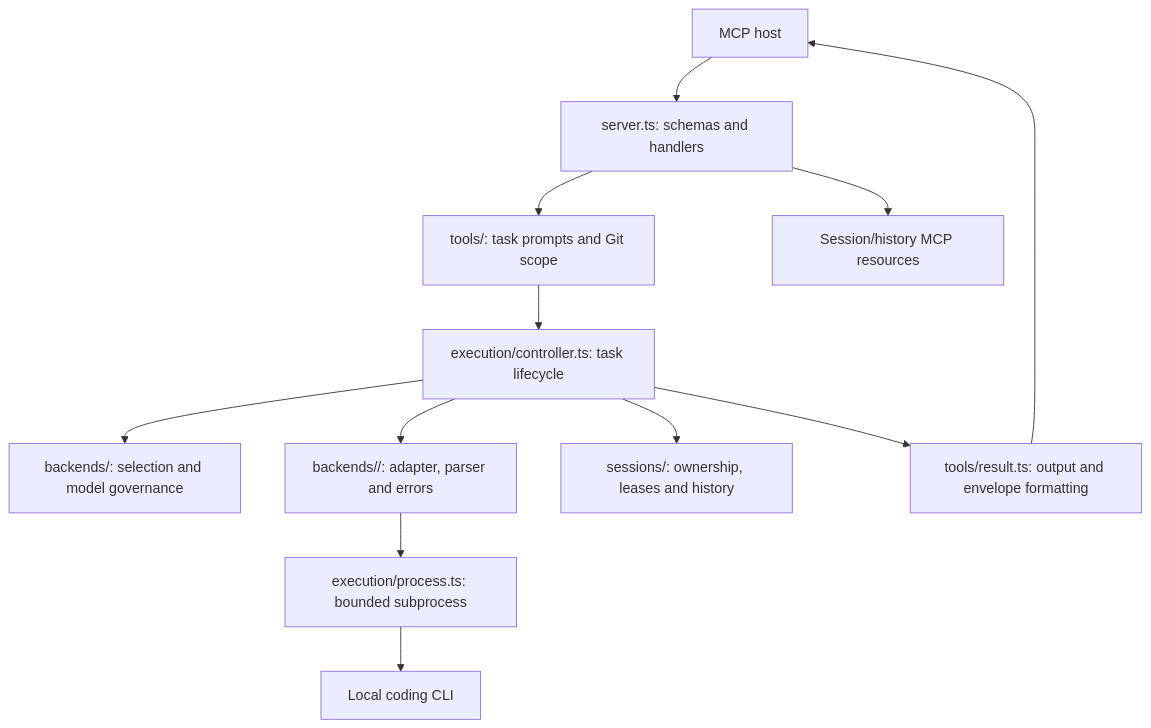
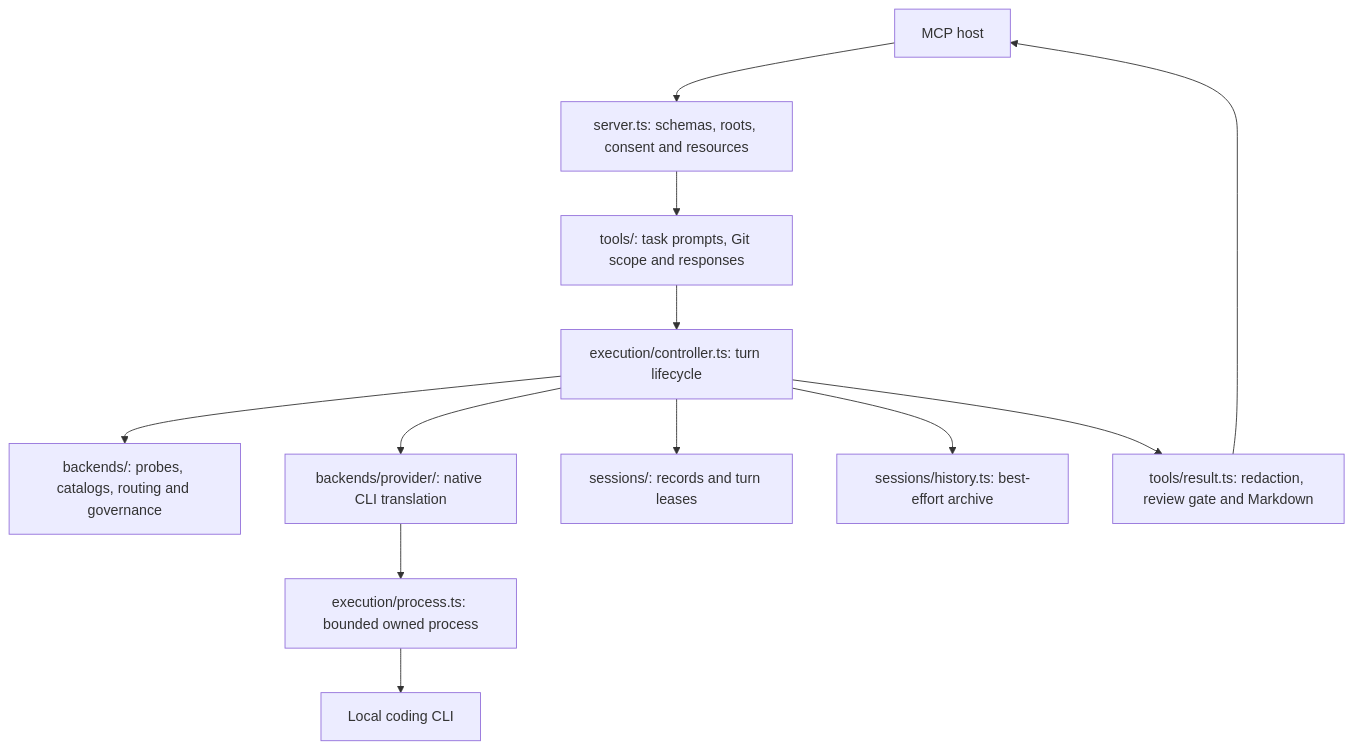
The diagram in docs/ARCHITECTURE.md (oktawianwybieralski/coagent8), drawn with Mermaid before and after one commit. The commit also changed other lines of this file and 46 other files, not shown here.

````diff
--- a/docs/ARCHITECTURE.md
+++ b/docs/ARCHITECTURE.md
@@ -14,14 +14,14 @@
-```mermaid
+~~~mermaid
 flowchart TD
-    Host["MCP host"] --> Server["server.ts: schemas and handlers"]
-    Server --> Tools["tools/: task prompts and Git scope"]
-    Tools --> Controller["execution/controller.ts: task lifecycle"]
-    Controller --> Routing["backends/: selection and model governance"]
-    Controller --> Adapter["backends/<cli>/: adapter, parser and errors"]
-    Adapter --> Process["execution/process.ts: bounded subprocess"]
+    Host["MCP host"] --> Server["server.ts: schemas, roots, consent and resources"]
+    Server --> Tools["tools/: task prompts, Git scope and responses"]
+    Tools --> Controller["execution/controller.ts: turn lifecycle"]
+    Controller --> Routing["backends/: probes, catalogs, routing and governance"]
+    Controller --> Adapter["backends/provider/: native CLI translation"]
+    Adapter --> Process["execution/process.ts: bounded owned process"]
     Process --> CLI["Local coding CLI"]
-    Controller --> Sessions["sessions/: ownership, leases and history"]
-    Controller --> Result["tools/result.ts: output and envelope formatting"]
+    Controller --> Sessions["sessions/: records and turn leases"]
+    Controller --> History["sessions/history.ts: best-effort archive"]
+    Controller --> Result["tools/result.ts: redaction, review gate and Markdown"]
     Result --> Host
-    Server --> Resources["Session/history MCP resources"]
-```
+~~~
````
